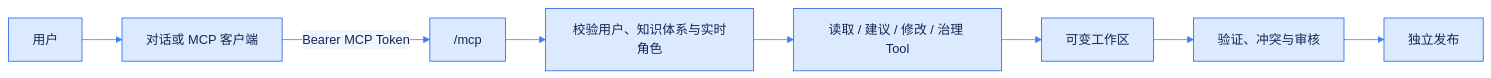
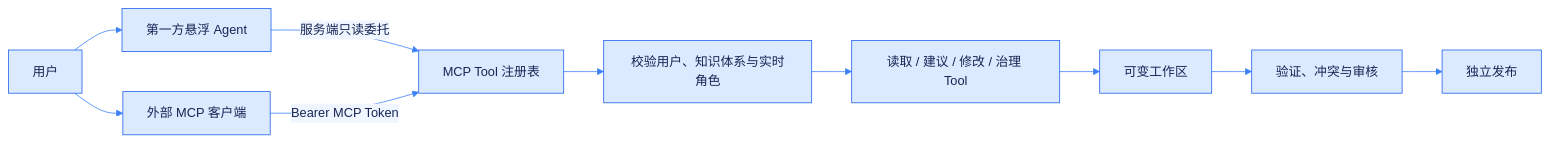
One commit to deeplethe/utopia changed the first of 2 diagrams in frontend/src/content/docs/zh-CN/mcp.md. Above: the diagram before and after it, drawn with Mermaid. The commit also changed other lines of this file and 65 other files, not shown here.

````diff
--- a/frontend/src/content/docs/zh-CN/mcp.md
+++ b/frontend/src/content/docs/zh-CN/mcp.md
@@ -5,11 +5,13 @@
 ```mermaid
 %%{init: {"theme":"base","themeVariables":{"primaryColor":"#dbeafe","primaryTextColor":"#172554","primaryBorderColor":"#2563eb","lineColor":"#3b82f6","secondaryColor":"#eff6ff","tertiaryColor":"#ffffff","fontFamily":"Inter, ui-sans-serif, system-ui"}}}%%
 flowchart LR
-    U["用户"] --> C["对话或 MCP 客户端"]
-    C -->|"Bearer MCP Token"| M["/mcp"]
+    U["用户"] --> FW["第一方悬浮 Agent"]
+    U --> C["外部 MCP 客户端"]
+    FW -->|"服务端只读委托"| M["MCP Tool 注册表"]
+    C -->|"Bearer MCP Token"| M
     M --> A["校验用户、知识体系与实时角色"]
     A --> T["读取 / 建议 / 修改 / 治理 Tool"]
-    T --> W["可变工作区"]
-    W --> Q["验证、冲突与审核"]
+    T --> WS["可变工作区"]
+    WS --> Q["验证、冲突与审核"]
     Q --> R["独立发布"]
 ```
````
